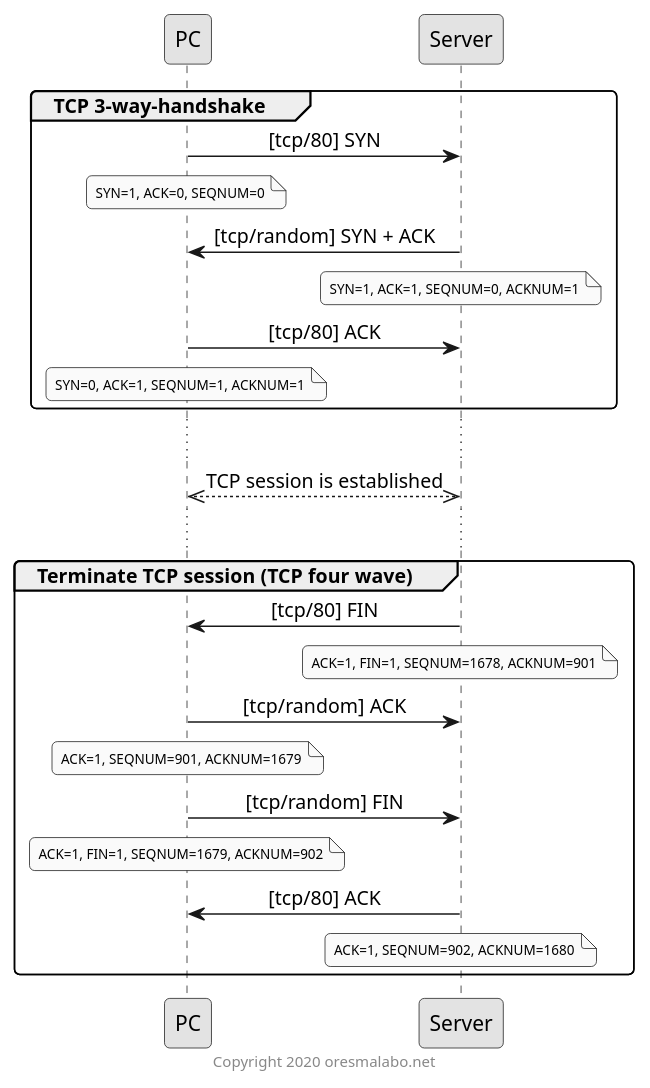
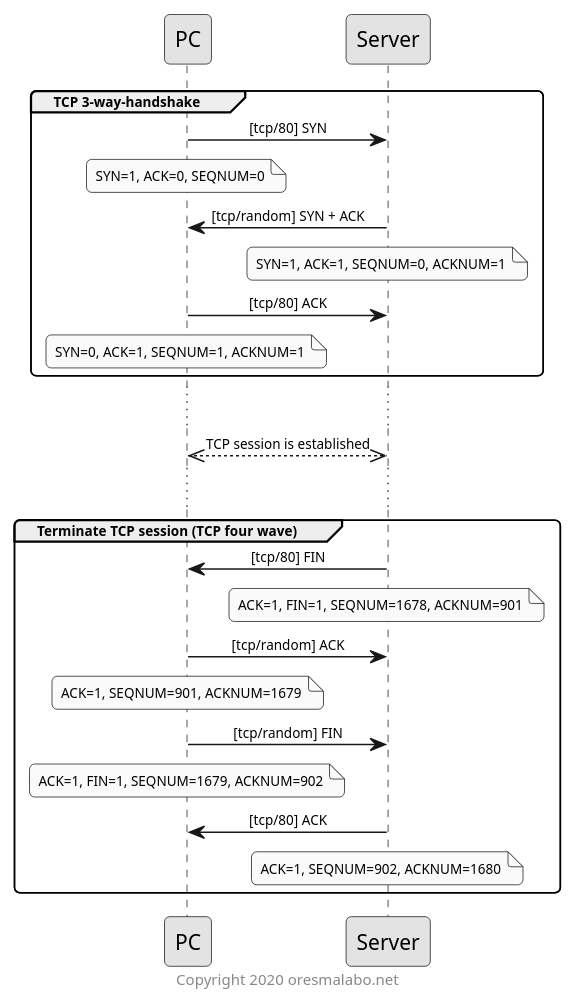
One commit to oresama-lab/plant-uml-themes changed the diagram in templates/tcp-sequence/tcp-sequence.pu. Above: the diagram before and after it, drawn with PlantUML. The commit also changed 1 other file, not shown here.

```diff
--- a/templates/tcp-sequence/tcp-sequence.pu
+++ b/templates/tcp-sequence/tcp-sequence.pu
@@ -1,41 +1,45 @@
 @startuml
 skinparam defaultFontName メイリオ
 skinparam monochrome true
 skinparam shadowing false
 skinparam RoundCorner 7
 skinparam SequenceGroupBorderThickness 1
 skinparam sequenceMessageAlign center
 skinparam sequenceReferenceAlign left
 skinparam NoteFontSize 9
+skinparam ArrowFontSize 9
+skinparam SequenceGroupFontSize 9
+skinparam SequenceGroupHeaderFontSize 9
+
 
 participant "PC" as pc
 participant "Server" as server
 
 group TCP 3-way-handshake
   pc -> server: [tcp/80] SYN
   note over pc: SYN=1, ACK=0, SEQNUM=0
   server -> pc: [tcp/random] SYN + ACK
   note over server: SYN=1, ACK=1, SEQNUM=0, ACKNUM=1
   pc -> server: [tcp/80] ACK
   note over pc: SYN=0, ACK=1, SEQNUM=1, ACKNUM=1
 end
 
 ...
 pc <<-->> server: TCP session is established
 ...
 
 group Terminate TCP session (TCP four wave)
   server -> pc: [tcp/80] FIN
   note over server
     ACK=1, FIN=1, SEQNUM=1678, ACKNUM=901
   end note
   pc -> server: [tcp/random] ACK
   note over pc: ACK=1, SEQNUM=901, ACKNUM=1679
   pc -> server: [tcp/random] FIN
   note over pc: ACK=1, FIN=1, SEQNUM=1679, ACKNUM=902
   server -> pc: [tcp/80] ACK
   note over server: ACK=1, SEQNUM=902, ACKNUM=1680
 end
 
 footer Copyright 2020 oresmalabo.net
 @enduml
```
